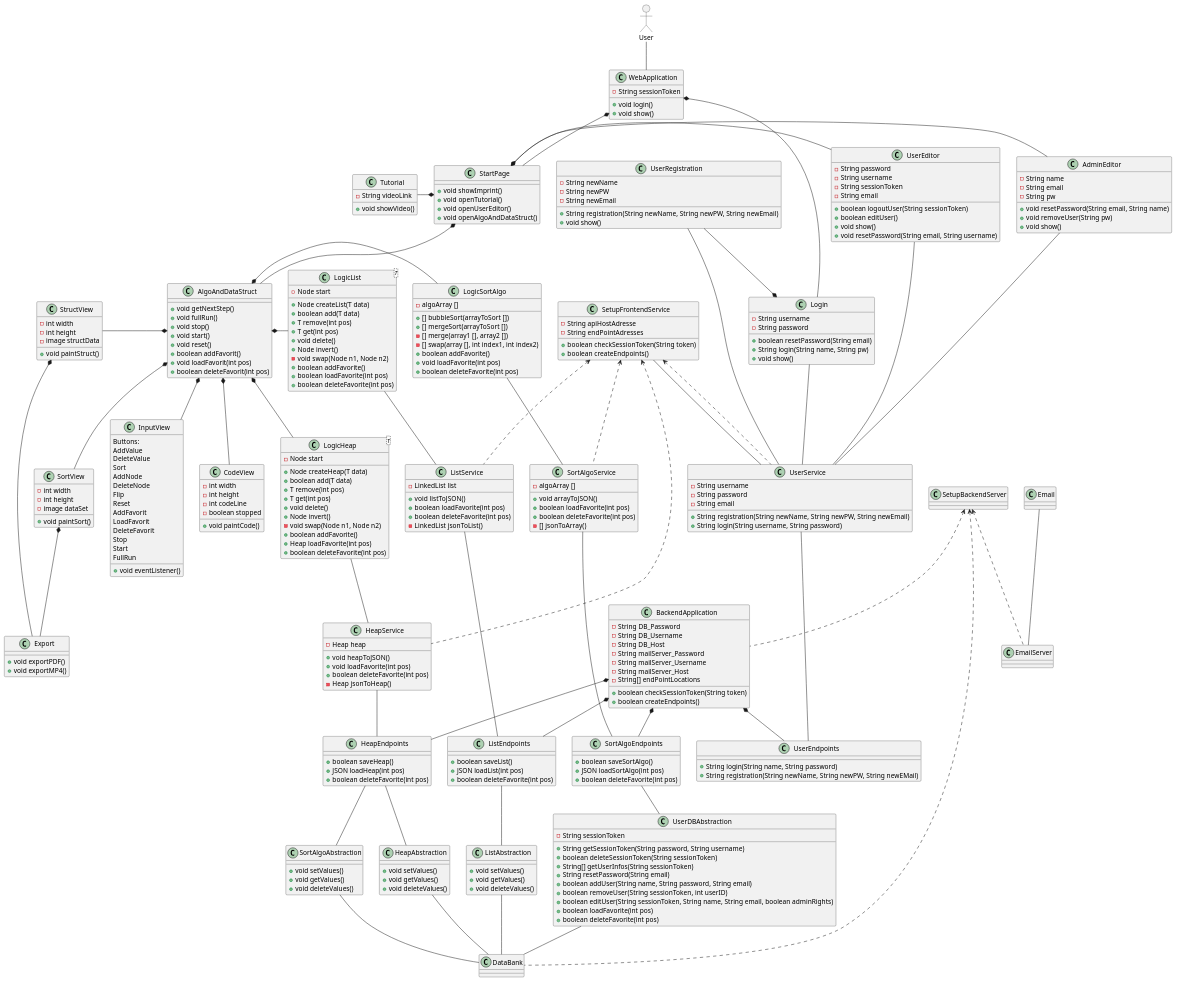
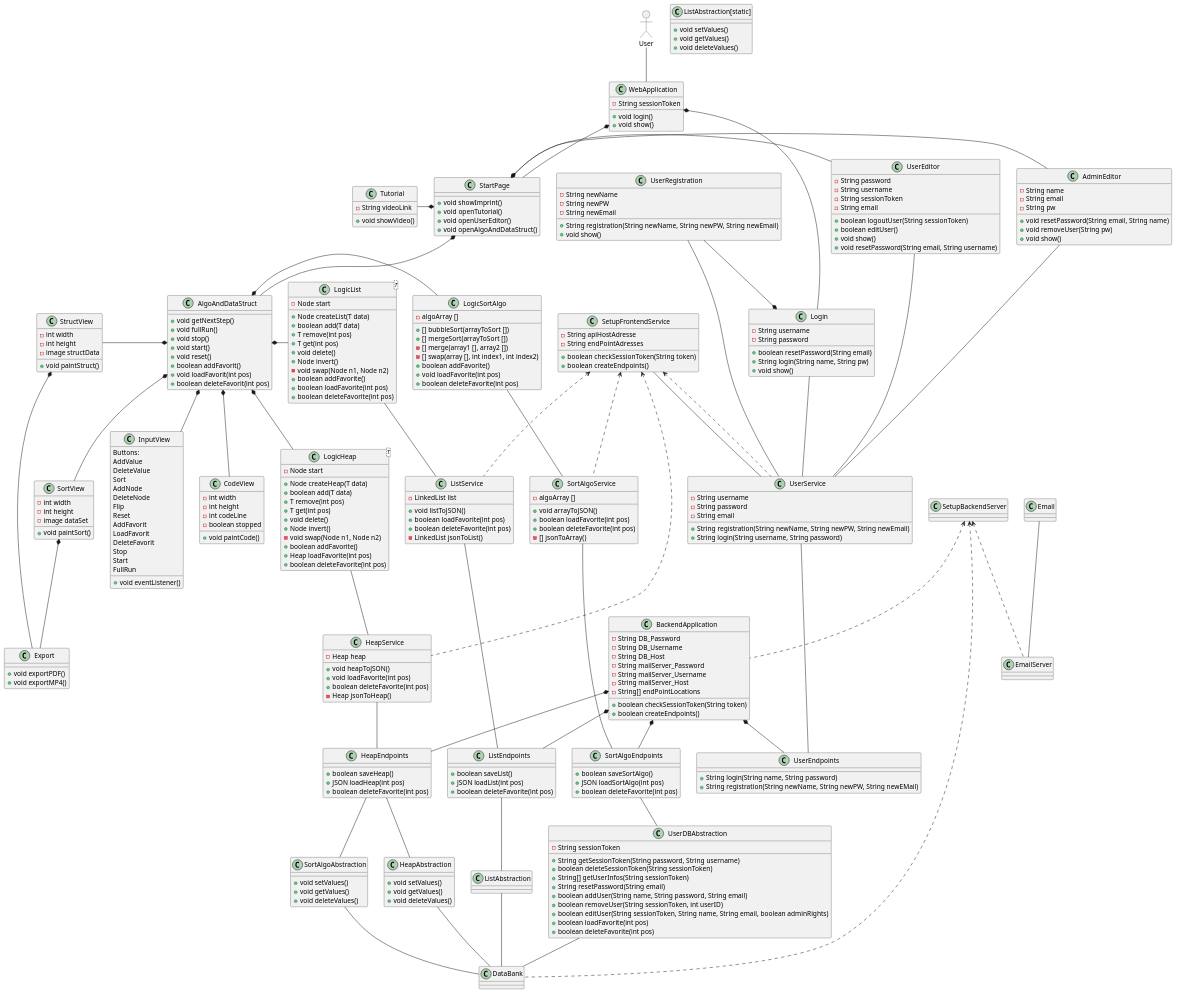
One commit to schmidti2002/Softwarepraktikum changed the diagram in Meilensteine/Meilenstein_03/Visual.puml. Above: the diagram before and after it, drawn with PlantUML.

```diff
--- a/Meilensteine/Meilenstein_03/Visual.puml
+++ b/Meilensteine/Meilenstein_03/Visual.puml
@@ -177,7 +177,7 @@
 }
 
 
-static class SortAlgoService {
+class SortAlgoService {
   -algoArray []
 
   +void arrayToJSON()
@@ -186,7 +186,7 @@
   -[] jsonToArray()
 }
 
-static class HeapService {
+class HeapService {
   -Heap heap
 
   +void heapToJSON()
@@ -195,7 +195,7 @@
   -Heap jsonToHeap()
 }
 
-static class ListService {
+class ListService {
   -LinkedList list
 
   +void listToJSON()
@@ -254,7 +254,7 @@
   +boolean deleteFavorite(int pos)
 }
 
-static class UserDBAbstraction {
+class UserDBAbstraction {
   -String sessionToken
 
   +String getSessionToken(String password, String username)
@@ -269,7 +269,7 @@
 
 }
 
-static class SortAlgoAbstraction {
+class SortAlgoAbstraction {
 
   +void setValues()
   +void getValues()
@@ -277,14 +277,14 @@
 }
 
 
-static class HeapAbstraction {
+class HeapAbstraction {
 
   +void setValues()
   +void getValues()
   +void deleteValues()
 }
 
-static class ListAbstraction {
+class ListAbstraction[static] {
 
   +void setValues()
   +void getValues()
```
